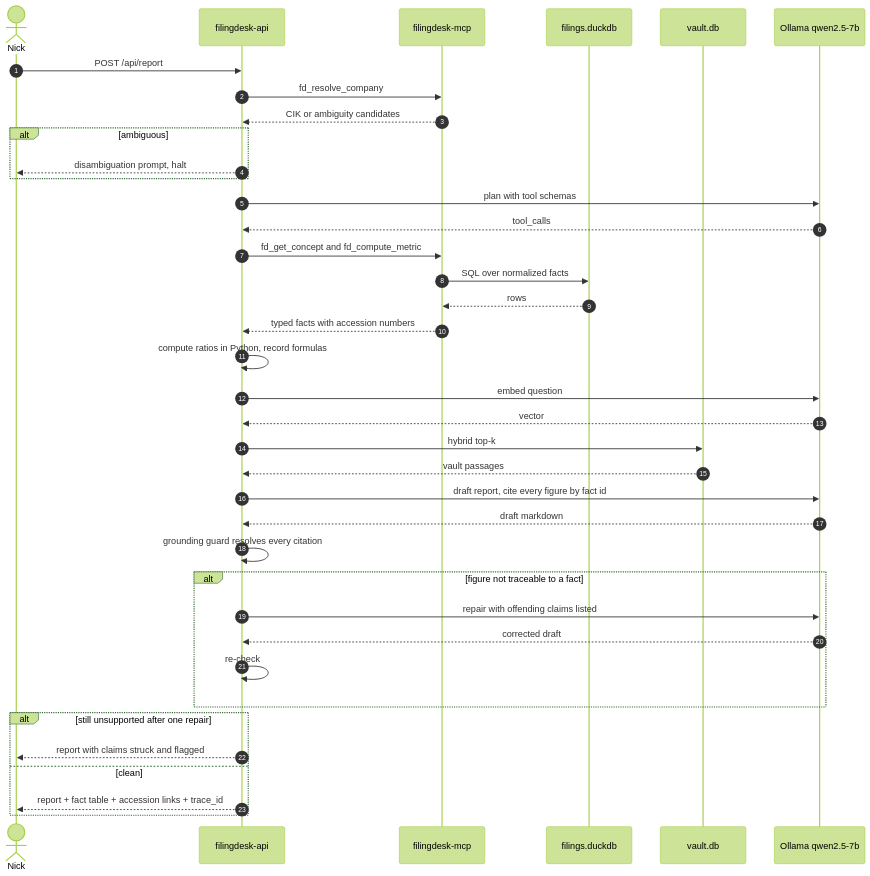
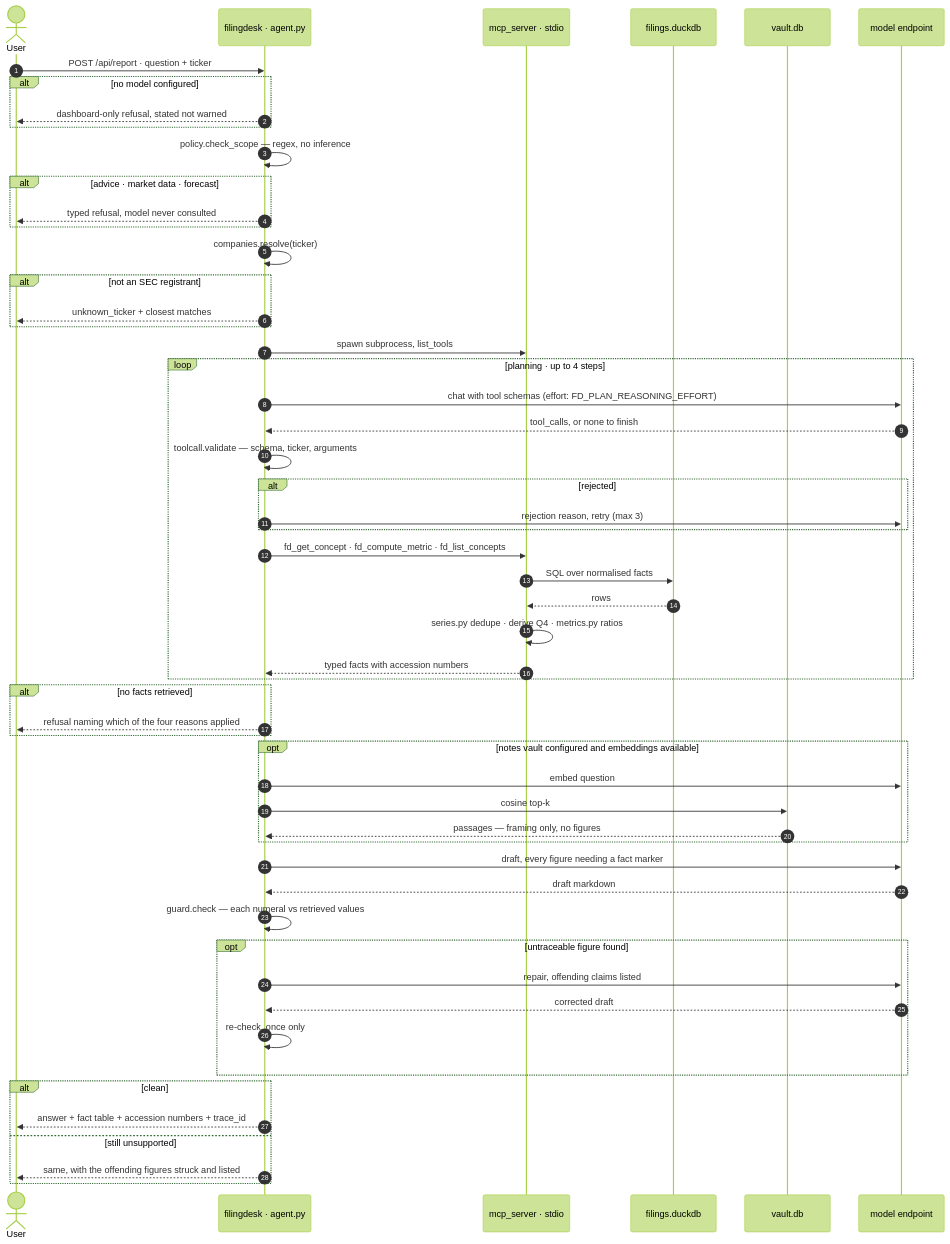
Before and after one commit to nicholasbaillargeon-ux/Capstone: the diagram in docs/diagrams/sequence.mmd, drawn with Mermaid (forest theme). The commit also changed 2 other files, not shown here.

Commit message:
Correct the architecture diagrams to match the code
Both diagrams described a system that was never built. component.mmd listed
three MCP tools that do not exist (fd_get_statement, fd_compare_companies,
fd_list_filings), a "vector + BM25 hybrid" retriever — retrieval is plain
cosine over stored embeddings — a Parquet layer under DuckDB that nothing
writes, and nightly timers for EDGAR and the vault, neither of which exists:
filings are fetched per company on first use and the vault is indexed by
hand. sequence.mmd had the API resolving companies through MCP when that
decision is made in Python before the subprocess is spawned.

Redrawn from the code. Both now show where the model is not — it never
reaches the database, never computes a ratio, and never decides whether a
question is in scope — and the sequence view makes the two-to-four model
calls per question explicit, since that is what the latency is.

Also linked from the README, which never pointed at them.

```diff
--- a/docs/diagrams/sequence.mmd
+++ b/docs/diagrams/sequence.mmd
@@ -1,39 +1,72 @@
+%% One question through /ask. The companion component.mmd shows the structure.
+%%
+%% Two things worth reading off this: the refusals happen before any inference,
+%% and the model is called two to four times — once per planning step, once to
+%% draft, once more only if the guard finds something. That call count is where
+%% the latency lives, which is why FD_REASONING_EFFORT is a documented dial.
 sequenceDiagram
     autonumber
-    actor N as Nick
-    participant API as filingdesk-api
-    participant MCP as filingdesk-mcp
+    actor U as User
+    participant API as filingdesk · agent.py
+    participant MCP as mcp_server · stdio
     participant DUCK as filings.duckdb
     participant VEC as vault.db
-    participant LLM as Ollama qwen2.5-7b
+    participant LLM as model endpoint
 
-    N->>API: POST /api/report
-    API->>MCP: fd_resolve_company
-    MCP-->>API: CIK or ambiguity candidates
-    alt ambiguous
-        API-->>N: disambiguation prompt, halt
+    U->>API: POST /api/report · question + ticker
+
+    alt no model configured
+        API-->>U: dashboard-only refusal, stated not warned
     end
-    API->>LLM: plan with tool schemas
-    LLM-->>API: tool_calls
-    API->>MCP: fd_get_concept and fd_compute_metric
-    MCP->>DUCK: SQL over normalized facts
-    DUCK-->>MCP: rows
-    MCP-->>API: typed facts with accession numbers
-    API->>API: compute ratios in Python, record formulas
-    API->>LLM: embed question
-    LLM-->>API: vector
-    API->>VEC: hybrid top-k
-    VEC-->>API: vault passages
-    API->>LLM: draft report, cite every figure by fact id
+
+    API->>API: policy.check_scope — regex, no inference
+    alt advice · market data · forecast
+        API-->>U: typed refusal, model never consulted
+    end
+
+    API->>API: companies.resolve(ticker)
+    alt not an SEC registrant
+        API-->>U: unknown_ticker + closest matches
+    end
+
+    API->>MCP: spawn subprocess, list_tools
+
+    loop planning · up to 4 steps
+        API->>LLM: chat with tool schemas (effort: FD_PLAN_REASONING_EFFORT)
+        LLM-->>API: tool_calls, or none to finish
+        API->>API: toolcall.validate — schema, ticker, arguments
+        alt rejected
+            API->>LLM: rejection reason, retry (max 3)
+        end
+        API->>MCP: fd_get_concept · fd_compute_metric · fd_list_concepts
+        MCP->>DUCK: SQL over normalised facts
+        DUCK-->>MCP: rows
+        MCP->>MCP: series.py dedupe · derive Q4 · metrics.py ratios
+        MCP-->>API: typed facts with accession numbers
+    end
+
+    alt no facts retrieved
+        API-->>U: refusal naming which of the four reasons applied
+    end
+
+    opt notes vault configured and embeddings available
+        API->>LLM: embed question
+        API->>VEC: cosine top-k
+        VEC-->>API: passages — framing only, no figures
+    end
+
+    API->>LLM: draft, every figure needing a fact marker
     LLM-->>API: draft markdown
-    API->>API: grounding guard resolves every citation
-    alt figure not traceable to a fact
-        API->>LLM: repair with offending claims listed
+
+    API->>API: guard.check — each numeral vs retrieved values
+    opt untraceable figure found
+        API->>LLM: repair, offending claims listed
         LLM-->>API: corrected draft
-        API->>API: re-check
+        API->>API: re-check, once only
     end
-    alt still unsupported after one repair
-        API-->>N: report with claims struck and flagged
-    else clean
-        API-->>N: report + fact table + accession links + trace_id
+
+    alt clean
+        API-->>U: answer + fact table + accession numbers + trace_id
+    else still unsupported
+        API-->>U: same, with the offending figures struck and listed
     end
```
